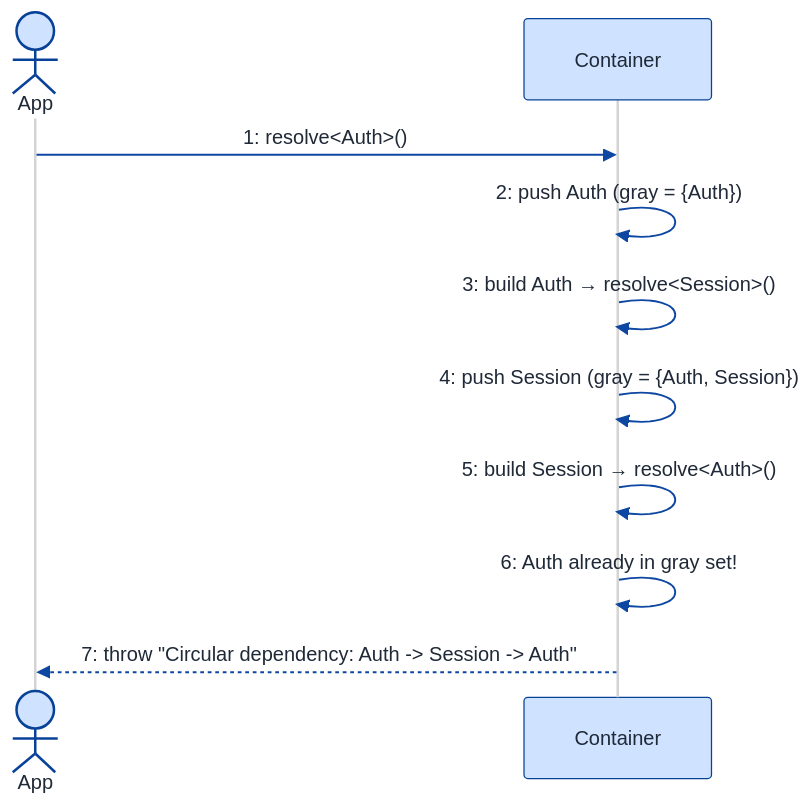
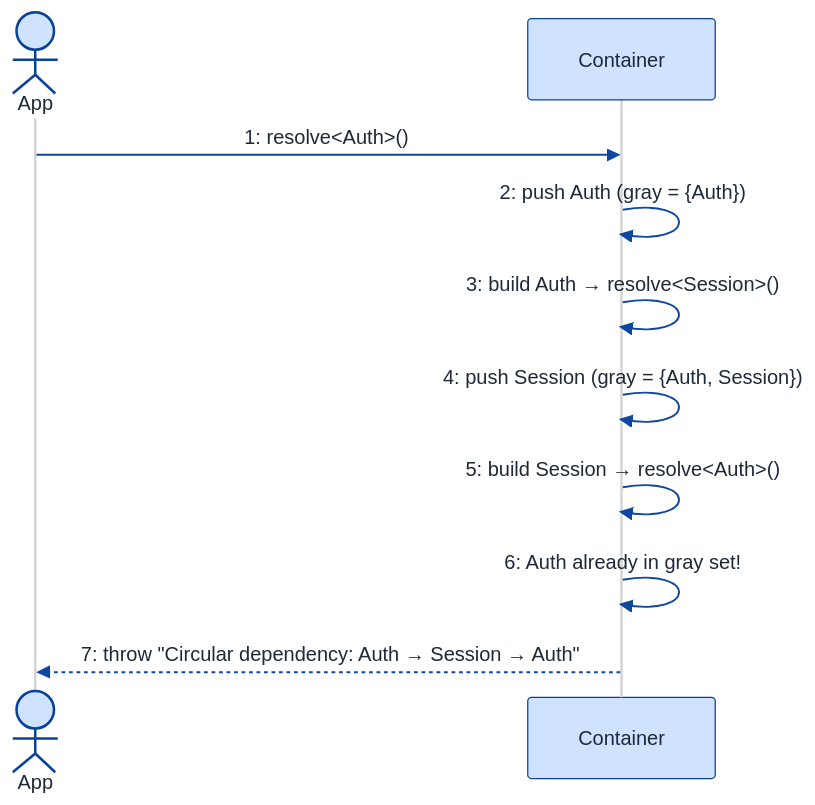
One commit to Prateek-5/question-bank changed the ninth of 9 diagrams in LLD/Topics/Dependency_Injection/DI_Container.md. Above: the diagram before and after it, drawn with Mermaid. The commit also changed 11 other files, not shown here.

First line of the commit message:
Fix sequenceDiagram parse error: arrow tokens in message text and Note bodies

````diff
--- a/LLD/Topics/Dependency_Injection/DI_Container.md
+++ b/LLD/Topics/Dependency_Injection/DI_Container.md
@@ -1210,44 +1210,44 @@
 ```mermaid
 ---
 config:
   theme: neutral
   themeVariables:
     background: '#ffffff'
     primaryColor: '#cfe2ff'
     primaryTextColor: '#1f2937'
     primaryBorderColor: '#084298'
     secondaryColor: '#fff3cd'
     secondaryTextColor: '#1f2937'
     secondaryBorderColor: '#664d03'
     tertiaryColor: '#d1e7dd'
     tertiaryTextColor: '#1f2937'
     tertiaryBorderColor: '#0a3622'
     lineColor: '#0d47a1'
     textColor: '#1f2937'
     noteBkgColor: '#fff3cd'
     noteTextColor: '#1f2937'
     noteBorderColor: '#997404'
     actorBkg: '#cfe2ff'
     actorBorder: '#084298'
     actorTextColor: '#1f2937'
     signalColor: '#0d47a1'
     signalTextColor: '#1f2937'
     labelBoxBkgColor: '#ffffff'
     labelBoxBorderColor: '#d3d3d3'
     labelTextColor: '#1f2937'
     edgeLabelBackground: '#ffffff'
     labelBackground: '#ffffff'
     classText: '#1f2937'
     fontFamily: 'system-ui, -apple-system, Segoe UI, Helvetica, Arial, sans-serif'
 ---
 sequenceDiagram
   actor App
   participant C as Container
   App->>C: 1: resolve<Auth>()
   C->>C: 2: push Auth (gray = {Auth})
   C->>C: 3: build Auth → resolve<Session>()
   C->>C: 4: push Session (gray = {Auth, Session})
   C->>C: 5: build Session → resolve<Auth>()
   C->>C: 6: Auth already in gray set!
-  C-->>App: 7: throw "Circular dependency: Auth -> Session -> Auth"
+  C-->>App: 7: throw "Circular dependency: Auth → Session → Auth"
 ```
````
